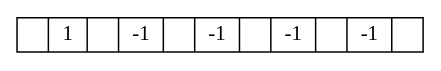
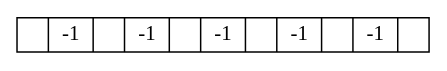
Before and after one commit to olgt/Laboratorio_EDD_201612341_Proyecto2: the diagram in graficas/arbolViajesoscar.gv, drawn with Graphviz. The commit also changed 34 other files, not shown here.

```diff
--- a/graficas/arbolViajesoscar.gv
+++ b/graficas/arbolViajesoscar.gv
@@ -1,5 +1,5 @@
 digraph g {
 splines = false;
 node [shape = record,height=.1]; 
-node0[label = "<f01> | <f1>1| <f12> |<f2>-1| <f23> |<f3>-1| <f34> |<f4>-1| <f45> |<f5>-1| <f50>"]; 
+node0[label = "<f01> | <f1>-1| <f12> |<f2>-1| <f23> |<f3>-1| <f34> |<f4>-1| <f45> |<f5>-1| <f50>"]; 
 }
```
